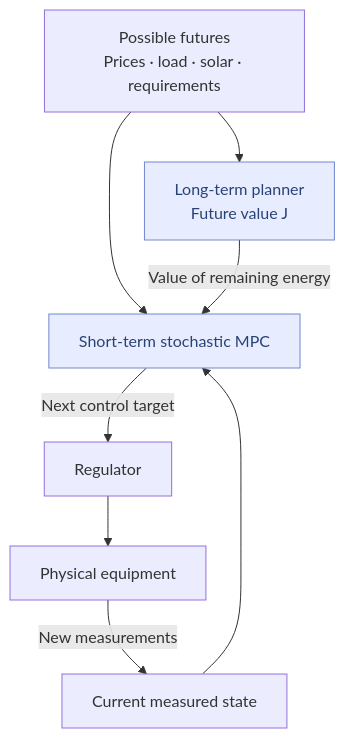
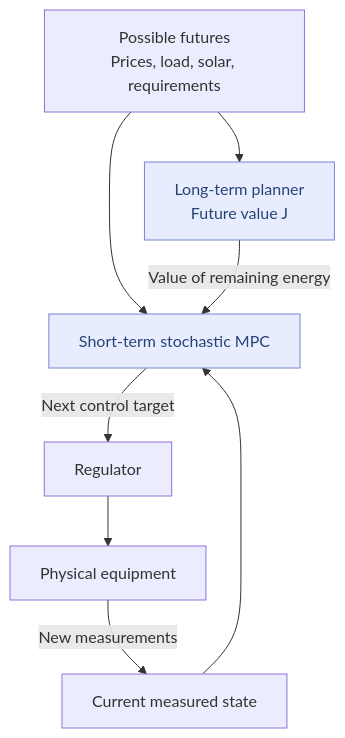
The third of 4 diagrams in docs/architecture.md (hugoenglund-wq/BEMS-public-preview), drawn with Mermaid before and after one commit.

Commit message:
Use commas in possible-futures diagram

````diff
--- a/docs/architecture.md
+++ b/docs/architecture.md
@@ -95,12 +95,12 @@
 ```mermaid
 flowchart TB
-    Future["Possible futures<br/>Prices · load · solar · requirements"] --> Long["Long-term planner<br/>Future value J"]
+    Future["Possible futures<br/>Prices, load, solar, requirements"] --> Long["Long-term planner<br/>Future value J"]
     Future --> MPC["Short-term stochastic MPC"]
     Long -->|"Value of remaining energy"| MPC
     State["Current measured state"] --> MPC
     MPC -->|"Next control target"| Reg["Regulator"]
     Reg --> Hardware["Physical equipment"]
     Hardware -->|"New measurements"| State
     classDef plan fill:#e7edff,stroke:#7288d0,color:#294276
     class Long,MPC plan
 ```
````
